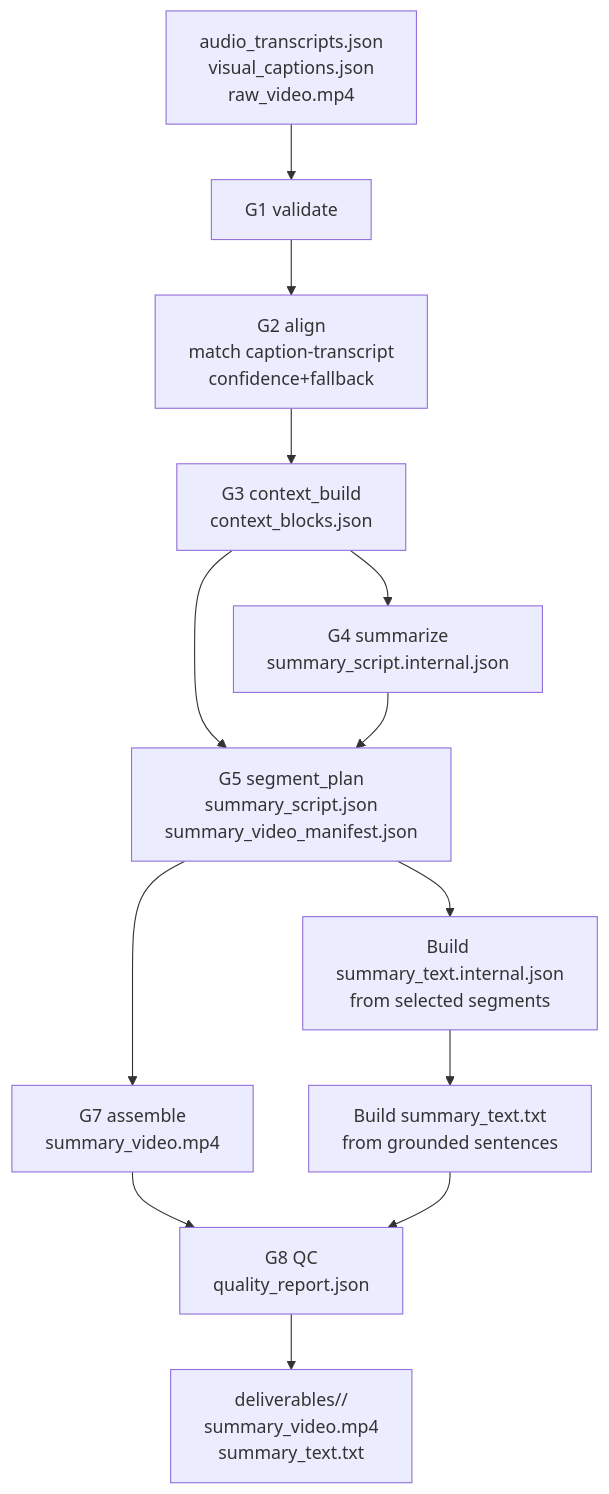
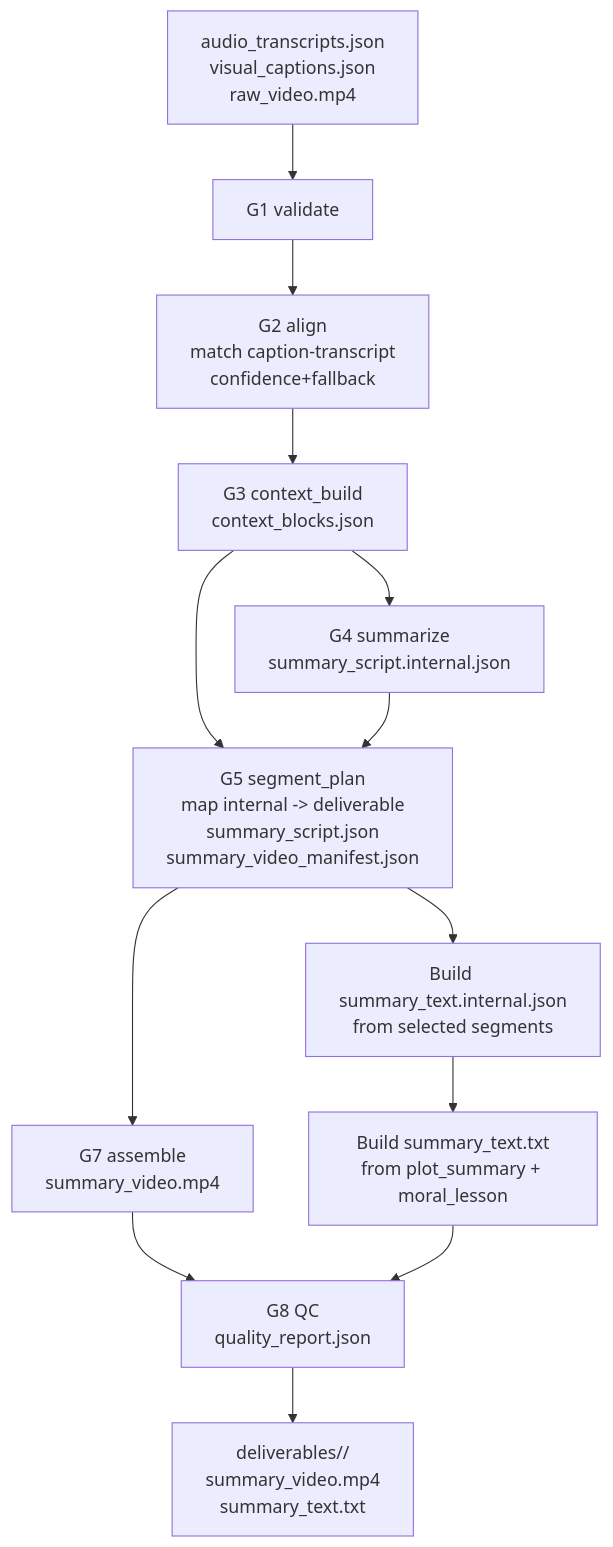
One commit to TCTri205/video-summary changed the first of 2 diagrams in docs/Reasoning-NLP/pipeline-flow-and-grounding.md. Above: the diagram before and after it, drawn with Mermaid. The commit also changed other lines of this file and 11 other files, not shown here.

````diff
--- a/docs/Reasoning-NLP/pipeline-flow-and-grounding.md
+++ b/docs/Reasoning-NLP/pipeline-flow-and-grounding.md
@@ -7,15 +7,15 @@
 ```mermaid
 flowchart TD
     A[audio_transcripts.json\nvisual_captions.json\nraw_video.mp4] --> B[G1 validate]
     B --> C[G2 align\nmatch caption-transcript\nconfidence+fallback]
     C --> D[G3 context_build\ncontext_blocks.json]
     D --> E[G4 summarize\nsummary_script.internal.json]
-    D --> F[G5 segment_plan\nsummary_script.json\nsummary_video_manifest.json]
+    D --> F[G5 segment_plan\nmap internal -> deliverable\nsummary_script.json\nsummary_video_manifest.json]
     E --> F
     F --> G[G7 assemble\nsummary_video.mp4]
     F --> H[Build summary_text.internal.json\nfrom selected segments]
-    H --> I[Build summary_text.txt\nfrom grounded sentences]
+    H --> I[Build summary_text.txt\nfrom plot_summary + moral_lesson]
     G --> J[G8 QC\nquality_report.json]
     I --> J
     J --> K[deliverables/<run_id>/\nsummary_video.mp4\nsummary_text.txt]
 ```
````
